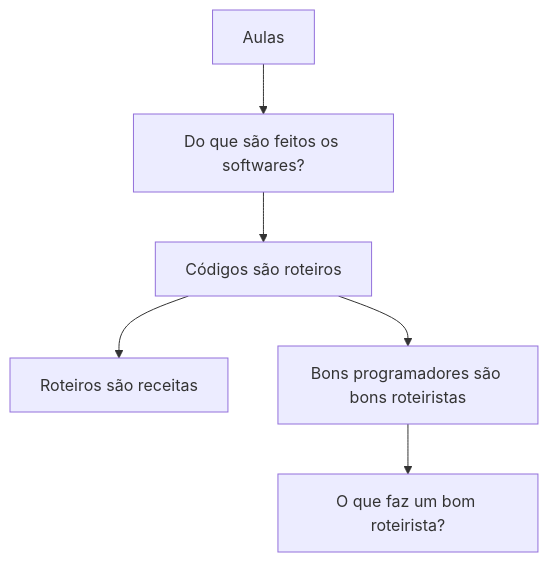
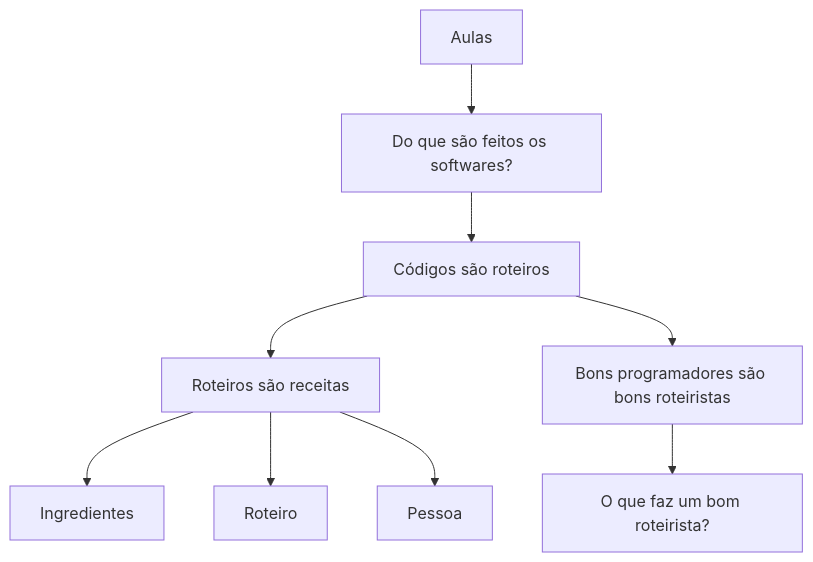
Before and after one commit to laerciogermano/workstation: the diagram in aulas/README.md, drawn with Mermaid. The commit also changed other lines of this file, not shown here.

Commit message:
Adiciona Ingredientes, Roteiro e Pessoa sob Roteiros são receitas no artigo de aulas.

````diff
--- a/aulas/README.md
+++ b/aulas/README.md
@@ -3,14 +3,20 @@
 ```mermaid
 flowchart TD
   A[Aulas]
   B[Do que são feitos os softwares?]
   C[Códigos são roteiros]
   D[Roteiros são receitas]
+  D1[Ingredientes]
+  D2[Roteiro]
+  D3[Pessoa]
   E[Bons programadores são bons roteiristas]
   F[O que faz um bom roteirista?]
   A --> B
   B --> C
   C --> D
+  D --> D1
+  D --> D2
+  D --> D3
   C --> E
   E --> F
 ```
````
